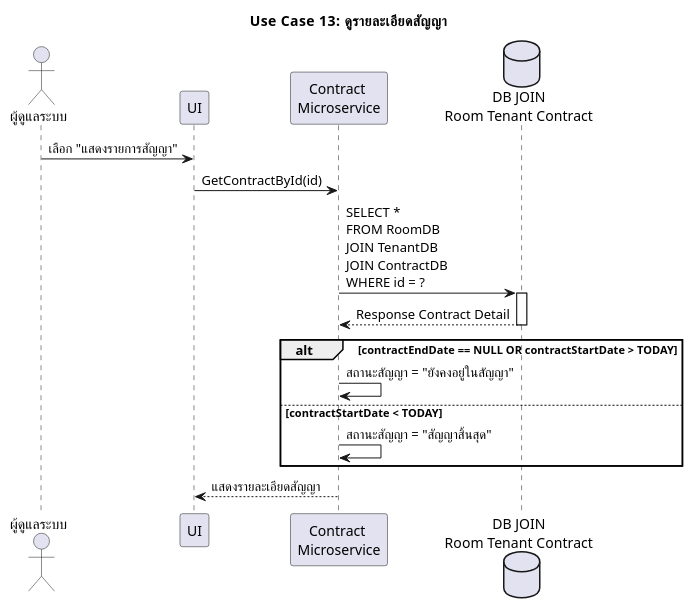
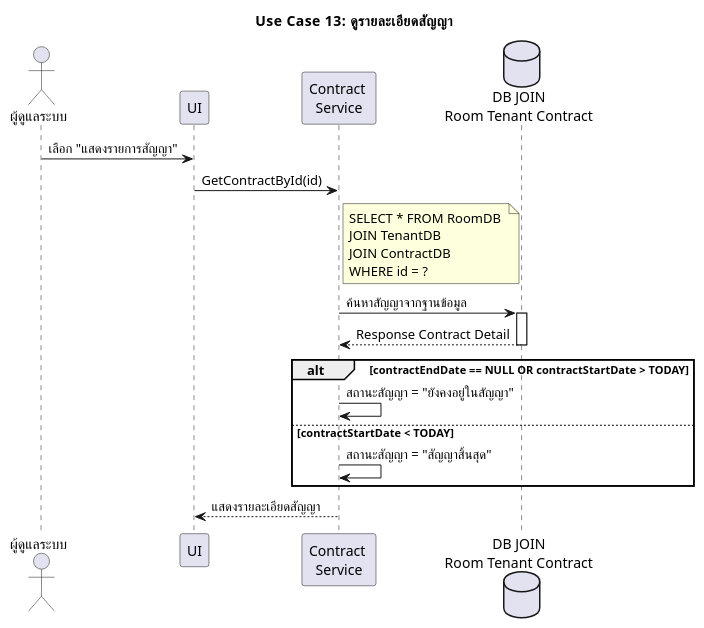
One commit to warinyang/UML-monthly-room-rent changed the diagram in usecase13_view_contract_details.plantuml. Above: the diagram before and after it, drawn with PlantUML. The commit also changed 15 other files, not shown here.

```diff
--- a/usecase13_view_contract_details.plantuml
+++ b/usecase13_view_contract_details.plantuml
@@ -1,25 +1,31 @@
 @startuml use case 13 ดูรายละเอียดสัญญา
 skinparam defaultFontName "TH Sarabun New"
 title Use Case 13: ดูรายละเอียดสัญญา
 
 actor "ผู้ดูแลระบบ" as Admin
 participant "UI" as UI
-participant "Contract \nMicroservice" as ConMS
+participant "Contract \nService" as ConMS
 database "DB JOIN\nRoom Tenant Contract" as joinDB
 
 Admin -> UI: เลือก "แสดงรายการสัญญา"
 UI -> ConMS: GetContractById(id)
-ConMS -> joinDB: SELECT * \nFROM RoomDB \nJOIN TenantDB \nJOIN ContractDB \nWHERE id = ?
+note right of ConMS
+SELECT * FROM RoomDB 
+JOIN TenantDB 
+JOIN ContractDB 
+WHERE id = ?
+end note
+ConMS -> joinDB: ค้นหาสัญญาจากฐานข้อมูล
 
 activate joinDB
 joinDB --> ConMS: Response Contract Detail
 deactivate joinDB
 
 alt contractEndDate == NULL OR contractStartDate > TODAY
     ConMS -> ConMS: สถานะสัญญา = "ยังคงอยู่ในสัญญา"
 else contractStartDate < TODAY
     ConMS -> ConMS: สถานะสัญญา = "สัญญาสิ้นสุด"
 end
 
 ConMS --> UI: แสดงรายละเอียดสัญญา
 @enduml
```
